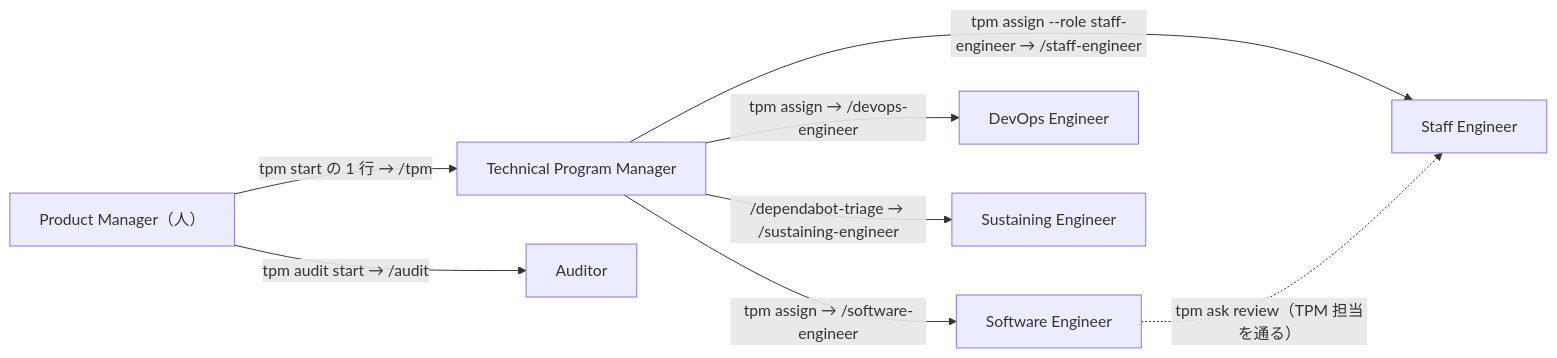
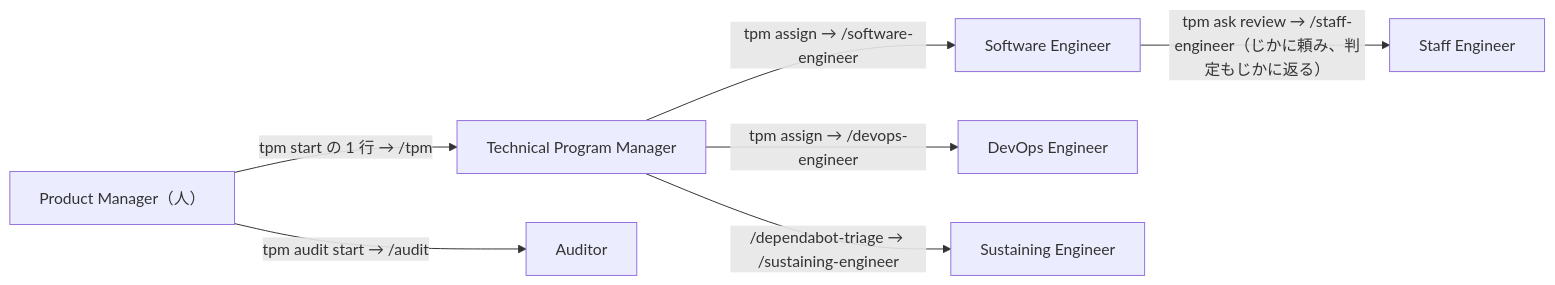
One commit to uraitakahito/roster changed the diagram in docs-site/src/content/docs/index.md. Above: the diagram before and after it, drawn with Mermaid. The commit also changed other lines of this file and 25 other files, not shown here.

First line of the commit message:
feat: レビューの頼みと判定を、TPM 担当を通さず、課題の担当と Staff Engineer 担当の席の間でじかに届ける。席は tpm ask review が、無ければ起こす。受けない時だけ tpm ask tpm --review で TPM 担当に上げる（AI-28）

````diff
--- a/docs-site/src/content/docs/index.md
+++ b/docs-site/src/content/docs/index.md
@@ -12,10 +12,9 @@
 ```mermaid
 flowchart LR
   PM["Product Manager（人）"] -->|"tpm start の 1 行 → /tpm"| TPM["Technical Program Manager"]
   TPM -->|"tpm assign → /software-engineer"| SE["Software Engineer"]
   TPM -->|"tpm assign → /devops-engineer"| DE["DevOps Engineer"]
-  TPM -->|"tpm assign --role staff-engineer → /staff-engineer"| ST["Staff Engineer"]
-  SE -.->|"tpm ask review（TPM 担当を通る）"| ST
+  SE -->|"tpm ask review → /staff-engineer（じかに頼み、判定もじかに返る）"| ST["Staff Engineer"]
   TPM -->|"/dependabot-triage → /sustaining-engineer"| SU["Sustaining Engineer"]
   PM -->|"tpm audit start → /audit"| AU["Auditor"]
 ```
````
